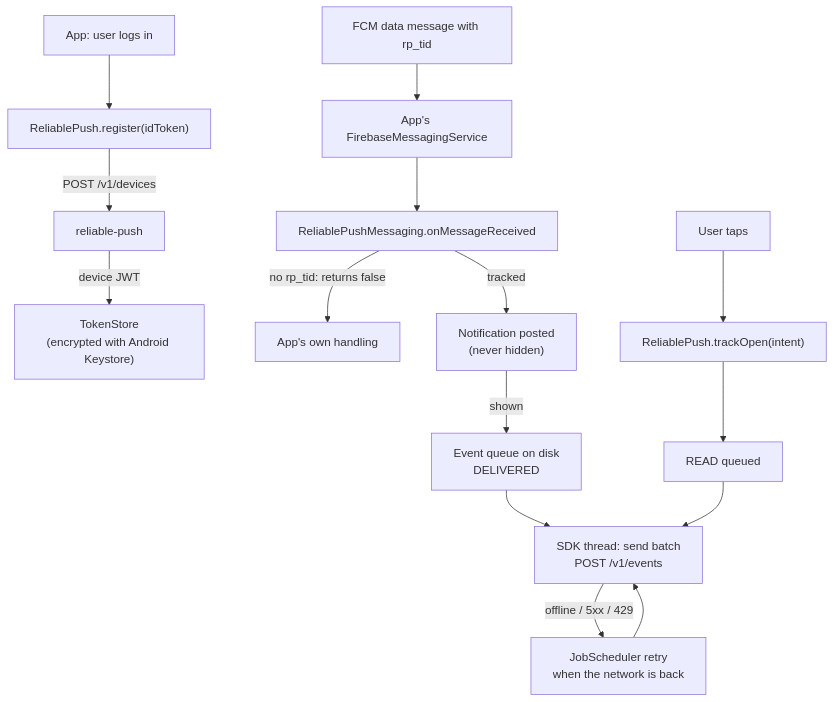
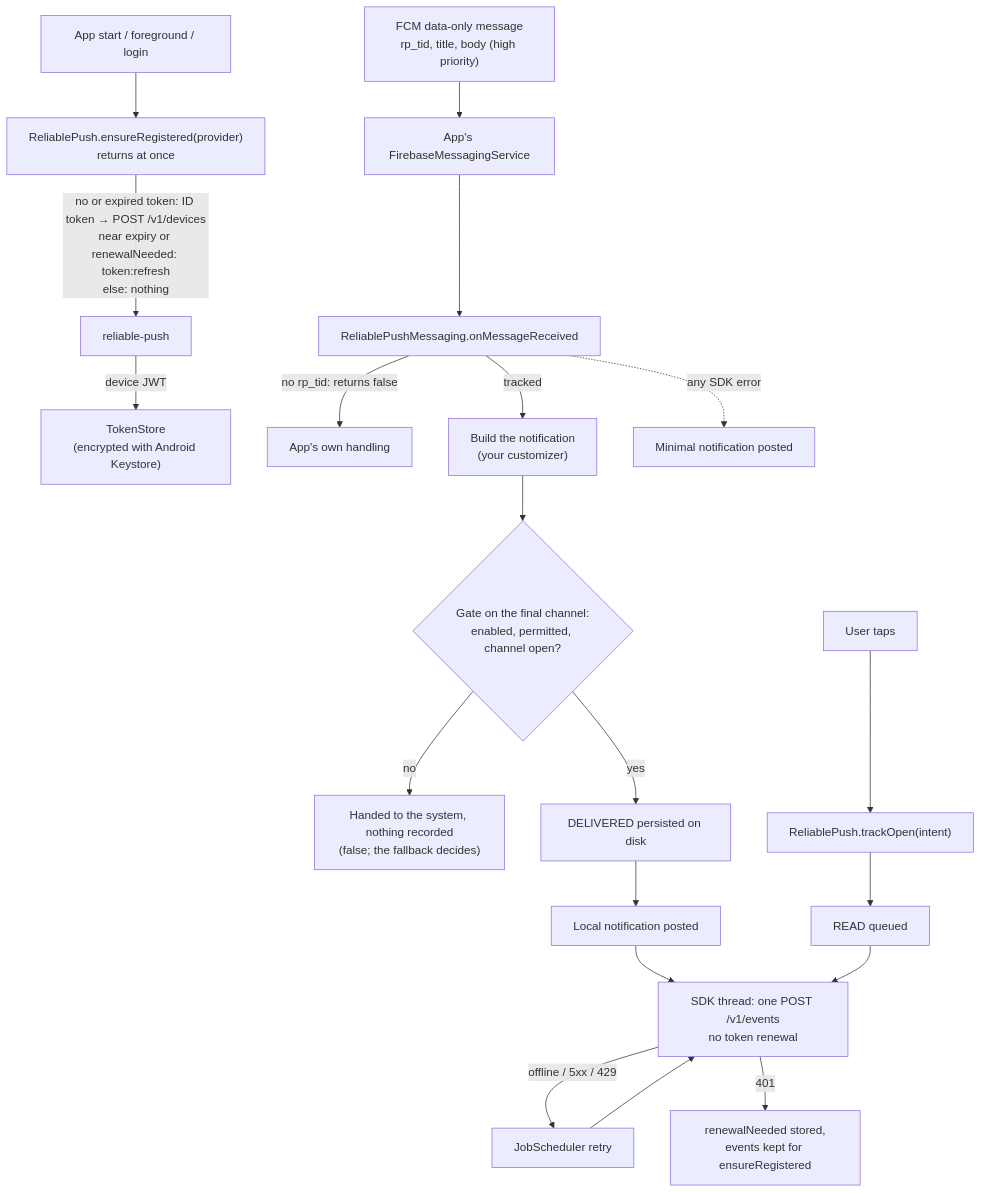
The ninth of 13 diagrams in docs/overview.md (valentirob/reliable-push), drawn with Mermaid before and after one commit. The commit also changed other lines of this file and 20 other files, not shown here.

````diff
--- a/docs/overview.md
+++ b/docs/overview.md
@@ -265,15 +281,19 @@
 ```mermaid
 flowchart TB
-  LOGIN["App: user logs in"] --> REG["ReliablePush.register(idToken)"]
-  REG -- "POST /v1/devices" --> API["reliable-push"]
+  START["App start / foreground / login"] --> ER["ReliablePush.ensureRegistered(provider)<br/>returns at once"]
+  ER -- "no or expired token: ID token → POST /v1/devices<br/>near expiry or renewalNeeded: token:refresh<br/>else: nothing" --> API["reliable-push"]
   API -- "device JWT" --> TS["TokenStore<br/>(encrypted with Android Keystore)"]
-  FCM["FCM data message with rp_tid"] --> MS["App's FirebaseMessagingService"]
+  FCM["FCM data-only message<br/>rp_tid, title, body (high priority)"] --> MS["App's FirebaseMessagingService"]
   MS --> H["ReliablePushMessaging.onMessageReceived"]
   H -- "no rp_tid: returns false" --> OWN["App's own handling"]
-  H -- "tracked" --> POST["Notification posted<br/>(never hidden)"]
-  POST -- "shown" --> Q["Event queue on disk<br/>DELIVERED"]
-  TAP["User taps"] --> TO["ReliablePush.trackOpen(intent)"] --> Q2["READ queued"]
-  Q & Q2 --> S["SDK thread: send batch<br/>POST /v1/events"]
-  S -- "offline / 5xx / 429" --> J["JobScheduler retry<br/>when the network is back"]
-  J --> S
+  H -- "tracked" --> B["Build the notification<br/>(your customizer)"]
+  B --> G{"Gate on the final channel:<br/>enabled, permitted, channel open?"}
+  G -- "no" --> SYS["Handed to the system, nothing recorded<br/>(false; the fallback decides)"]
+  G -- "yes" --> Q["DELIVERED persisted on disk"]
+  Q --> POST["Local notification posted"]
+  POST --> S["SDK thread: one POST /v1/events<br/>no token renewal"]
+  H -. "any SDK error" .-> MIN["Minimal notification posted"]
+  TAP["User taps"] --> TO["ReliablePush.trackOpen(intent)"] --> Q2["READ queued"] --> S
+  S -- "offline / 5xx / 429" --> J["JobScheduler retry"] --> S
+  S -- "401" --> RN["renewalNeeded stored,<br/>events kept for ensureRegistered"]
 ```
````
